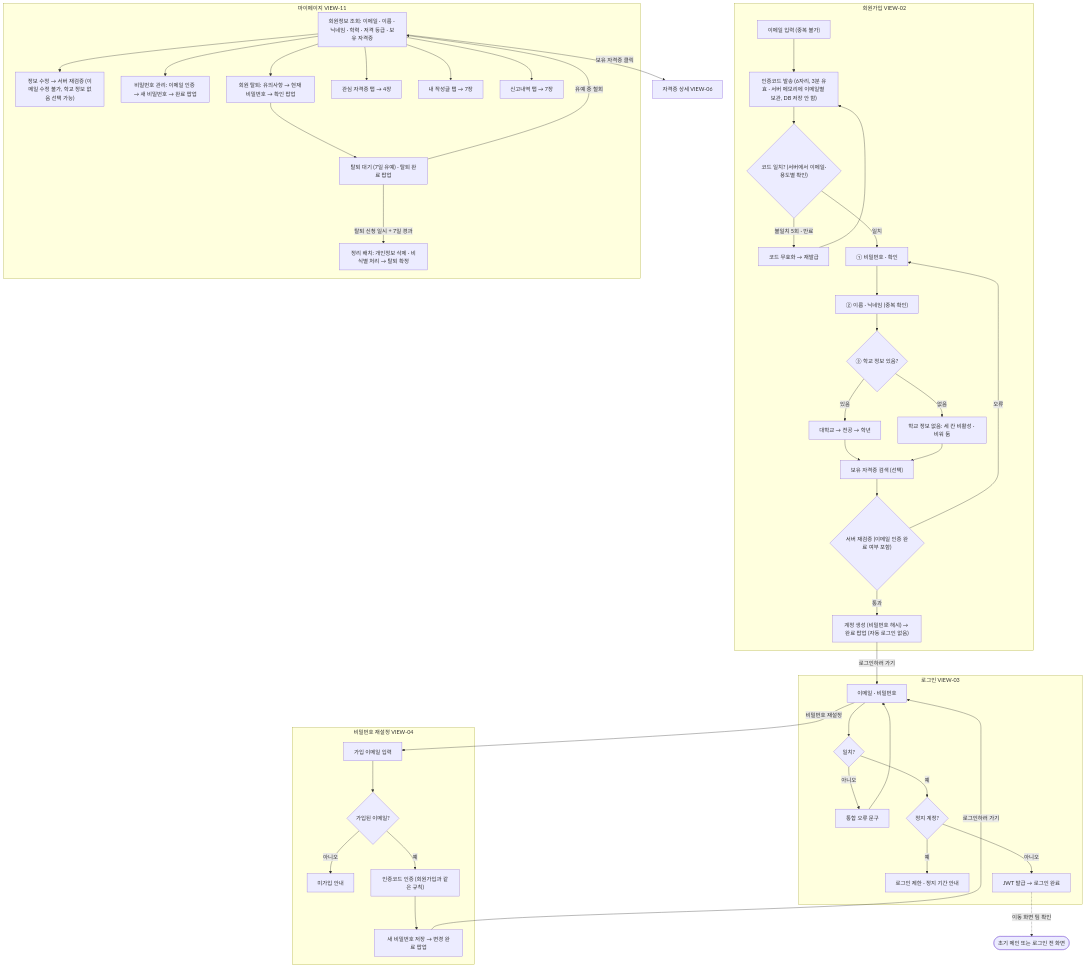
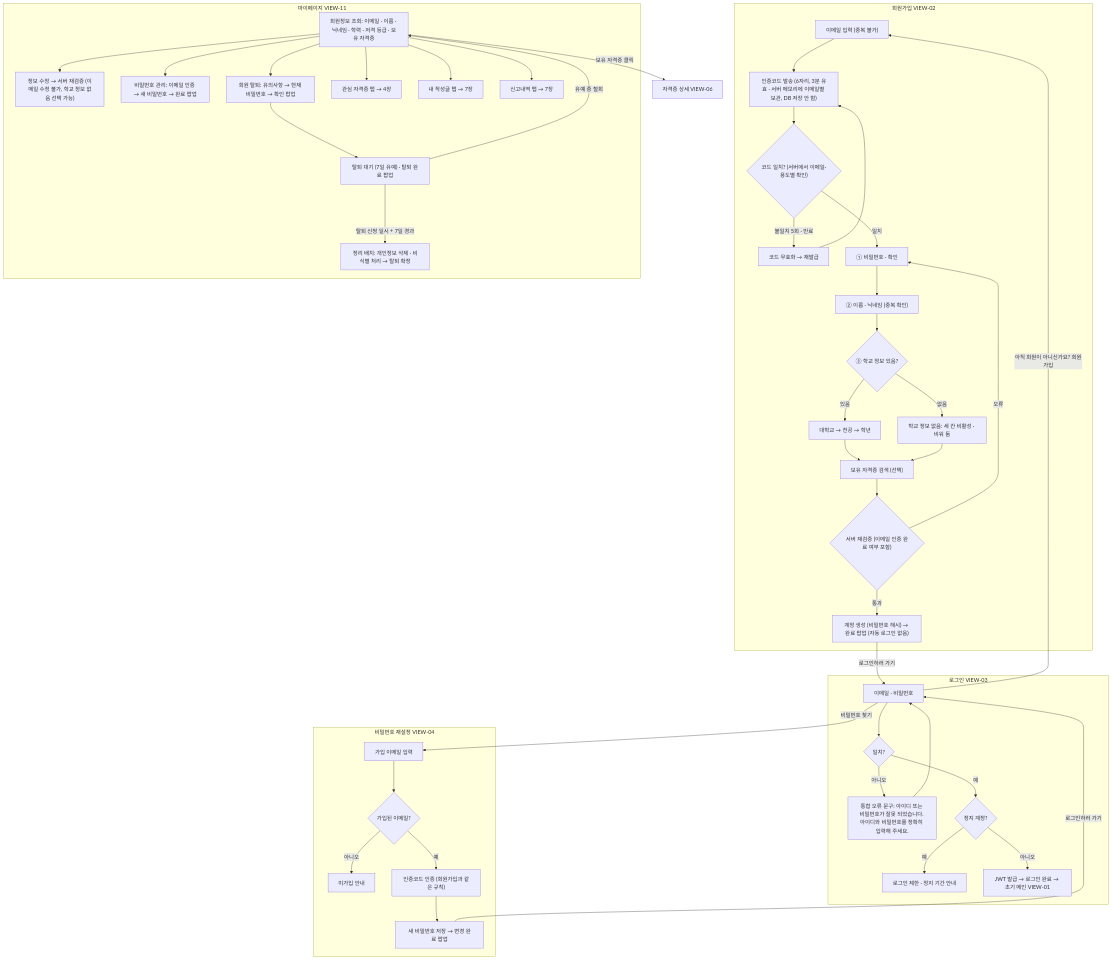
One commit to team-ap-cert-sniper/cert-sniper changed the third of 12 diagrams in docs/FLOWCHART.md. Above: the diagram before and after it, drawn with Mermaid. The commit also changed other lines of this file and 27 other files, not shown here.

````diff
--- a/docs/FLOWCHART.md
+++ b/docs/FLOWCHART.md
@@ -86,49 +89,49 @@
 ```mermaid
 flowchart TD
   subgraph SU["회원가입 VIEW-02"]
     S1["이메일 입력 (중복 불가)"] --> S2["인증코드 발송 (6자리, 3분 유효 · 서버 메모리에 이메일별 보관, DB 저장 안 함)"]
     S2 --> S3{"코드 일치? (서버에서 이메일·용도별 확인)"}
     S3 -->|불일치 5회 · 만료| S4["코드 무효화 → 재발급"]
     S4 --> S2
     S3 -->|일치| S5["① 비밀번호 · 확인"]
     S5 --> S51["② 이름 · 닉네임 (중복 확인)"]
     S51 --> S6{"③ 학교 정보 있음?"}
     S6 -->|있음| S61["대학교 → 전공 → 학년"]
     S6 -->|없음| S62["학교 정보 없음: 세 칸 비활성 · 비워 둠"]
     S61 --> S7["보유 자격증 검색 (선택)"]
     S62 --> S7
     S7 --> S8{"서버 재검증 (이메일 인증 완료 여부 포함)"}
     S8 -->|오류| S5
     S8 -->|통과| S9["계정 생성 (비밀번호 해시) → 완료 팝업 (자동 로그인 없음)"]
   end
   S9 -->|로그인하러 가기| L1
   subgraph LG["로그인 VIEW-03"]
     L1["이메일 · 비밀번호"] --> L2{"일치?"}
-    L2 -->|아니오| L3["통합 오류 문구"]
+    L2 -->|아니오| L3["통합 오류 문구: 아이디 또는 비밀번호가 잘못 되었습니다. 아이디와 비밀번호를 정확히 입력해 주세요."]
     L3 --> L1
     L2 -->|예| L4{"정지 계정?"}
     L4 -->|예| L5["로그인 제한 · 정지 기간 안내"]
-    L4 -->|아니오| L6["JWT 발급 → 로그인 완료"]
+    L4 -->|아니오| L6["JWT 발급 → 로그인 완료 → 초기 메인 VIEW-01"]
   end
-  L6 -.->|이동 화면 팀 확인| MAIN(["초기 메인 또는 로그인 전 화면"])
-  L1 -->|비밀번호 재설정| P1
+  L1 -->|비밀번호 찾기| P1
+  L1 -->|아직 회원이 아니신가요? 회원가입| S1
   subgraph PR["비밀번호 재설정 VIEW-04"]
     P1["가입 이메일 입력"] --> P2{"가입된 이메일?"}
     P2 -->|아니오| P3["미가입 안내"]
     P2 -->|예| P4["인증코드 인증 (회원가입과 같은 규칙)"]
     P4 --> P5["새 비밀번호 저장 → 변경 완료 팝업"]
   end
   P5 -->|로그인하러 가기| L1
   subgraph MP["마이페이지 VIEW-11"]
     MY["회원정보 조회: 이메일 · 이름 · 닉네임 · 학력 · 저격 등급 · 보유 자격증"] --> M1["정보 수정 → 서버 재검증 (이메일 수정 불가, 학교 정보 없음 선택 가능)"]
     MY --> M2["비밀번호 관리: 이메일 인증 → 새 비밀번호 → 완료 팝업"]
     MY --> M3["회원 탈퇴: 유의사항 → 현재 비밀번호 → 확인 팝업"]
     M3 --> M4["탈퇴 대기 (7일 유예) · 탈퇴 완료 팝업"]
     M4 -->|유예 중 철회| MY
     M4 -->|탈퇴 신청 일시 + 7일 경과| M5["정리 배치: 개인정보 삭제 · 비식별 처리 → 탈퇴 확정"]
     MY --> T1["관심 자격증 탭 → 4장"]
     MY --> T2["내 작성글 탭 → 7장"]
     MY --> T3["신고내역 탭 → 7장"]
   end
   MY -->|보유 자격증 클릭| DET["자격증 상세 VIEW-06"]
 ```
````
